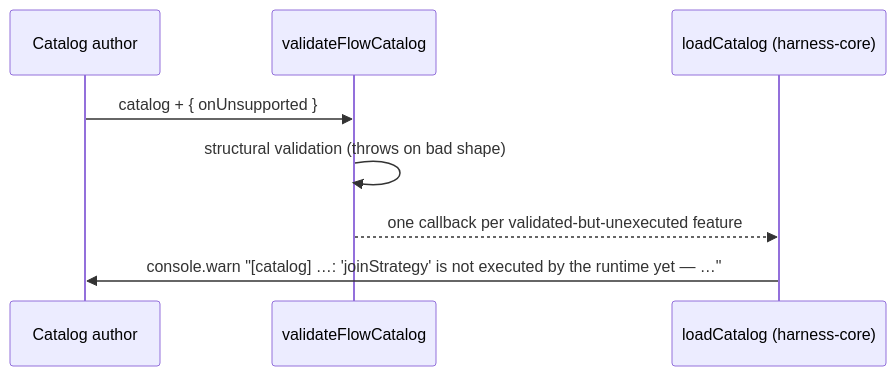
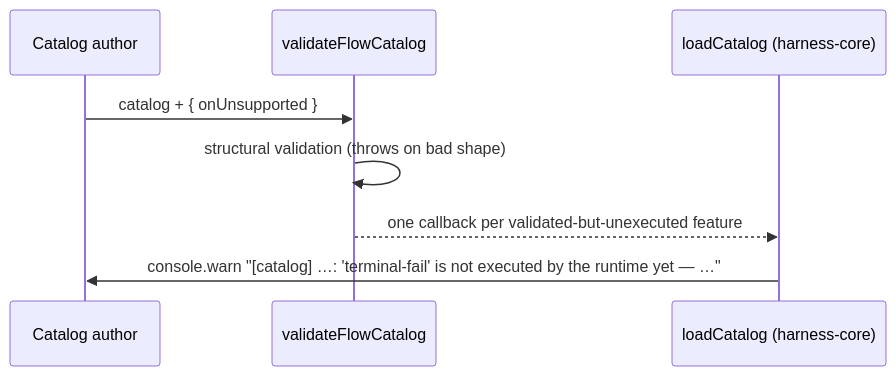
The third of 3 diagrams in platform/harness/flow-spec/SPEC.md (JefeLabs/helmsmith), drawn with Mermaid before and after one commit. The commit also changed other lines of this file and 9 other files, not shown here.

First line of the commit message:
feat(flow-spec): fan-out + joinStrategy executed — reports deleted fixture-first (2.4)

````diff
--- a/platform/harness/flow-spec/SPEC.md
+++ b/platform/harness/flow-spec/SPEC.md
@@ -129,10 +129,10 @@
 ```mermaid
 sequenceDiagram
     participant A as Catalog author
     participant V as validateFlowCatalog
     participant L as loadCatalog (harness-core)
     A->>V: catalog + { onUnsupported }
     V->>V: structural validation (throws on bad shape)
     V-->>L: one callback per validated-but-unexecuted feature
-    L->>A: console.warn "[catalog] …: 'joinStrategy' is not executed by the runtime yet — …"
+    L->>A: console.warn "[catalog] …: 'terminal-fail' is not executed by the runtime yet — …"
 ```
````
